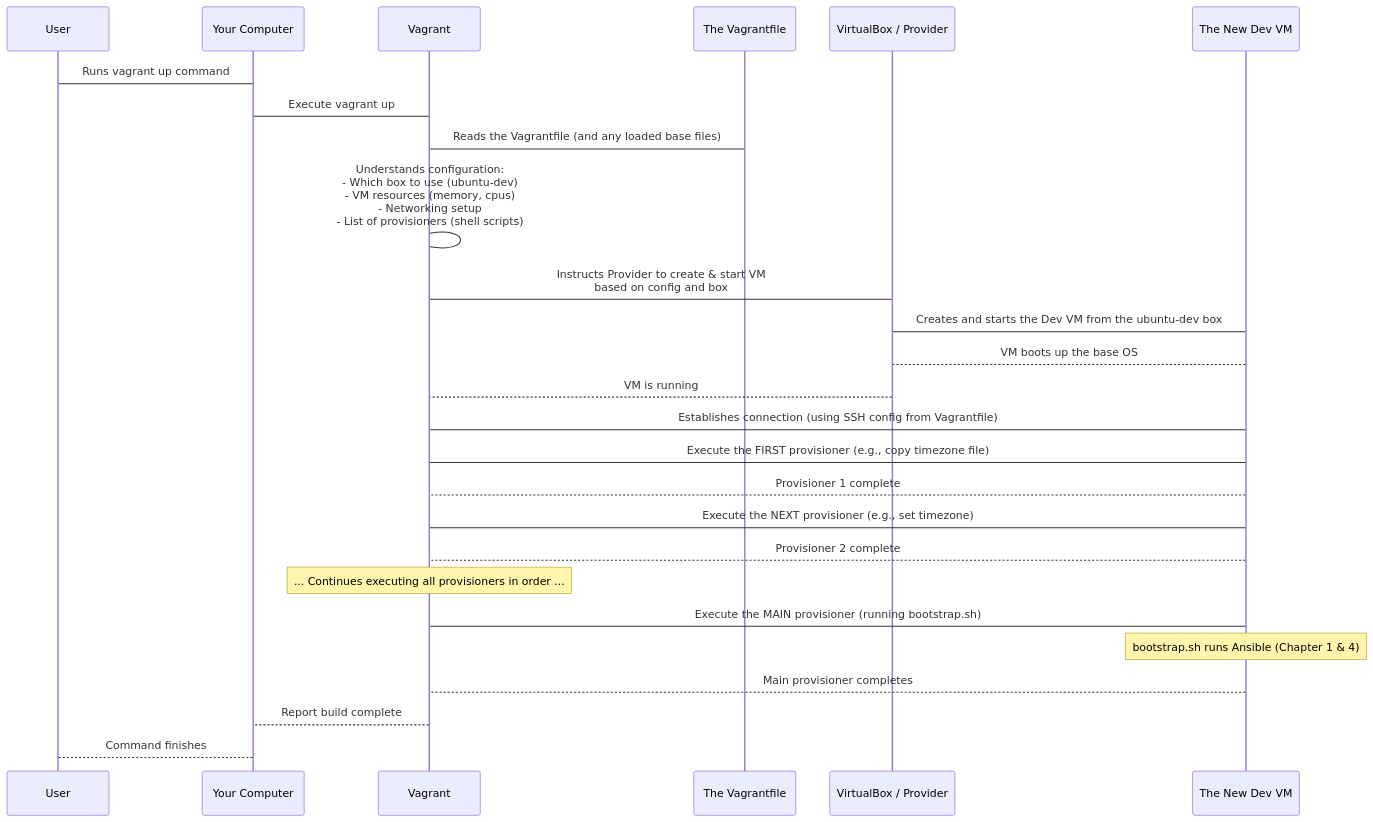
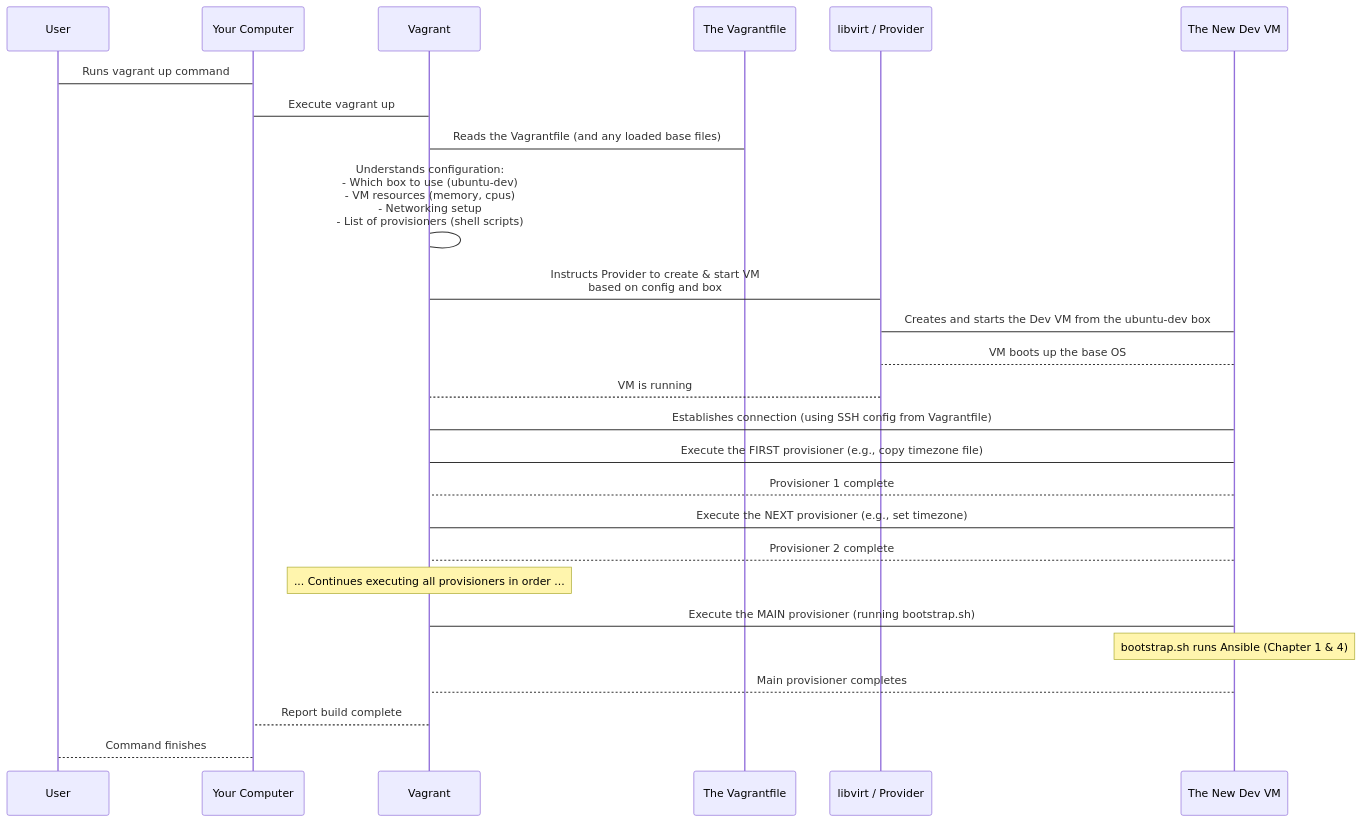
Before and after one commit to arslan-qamar/devsetups: the diagram in codebase tutorial/07_vagrantfile_.md, drawn with Mermaid. The commit also changed other lines of this file and 29 other files, not shown here.

````diff
--- a/codebase tutorial/07_vagrantfile_.md
+++ b/codebase tutorial/07_vagrantfile_.md
@@ -174,29 +174,29 @@
 ```mermaid
 sequenceDiagram
     participant User
     participant Host as Your Computer
     participant VagrantTool as Vagrant
     participant Vagrantfile as The Vagrantfile
-    participant Provider as VirtualBox / Provider
+    participant Provider as libvirt / Provider
     participant DevVM as The New Dev VM
 
     User->Host: Runs vagrant up command
     Host->VagrantTool: Execute vagrant up
     VagrantTool->Vagrantfile: Reads the Vagrantfile (and any loaded base files)
     VagrantTool->VagrantTool: Understands configuration:<br/>- Which box to use (ubuntu-dev)<br/>- VM resources (memory, cpus)<br/>- Networking setup<br/>- List of provisioners (shell scripts)
     VagrantTool->Provider: Instructs Provider to create & start VM<br/>based on config and box
     Provider->DevVM: Creates and starts the Dev VM from the ubuntu-dev box
     DevVM-->Provider: VM boots up the base OS
     Provider-->VagrantTool: VM is running
     VagrantTool->DevVM: Establishes connection (using SSH config from Vagrantfile)
     VagrantTool->DevVM: Execute the FIRST provisioner (e.g., copy timezone file)
     DevVM-->VagrantTool: Provisioner 1 complete
     VagrantTool->DevVM: Execute the NEXT provisioner (e.g., set timezone)
     DevVM-->VagrantTool: Provisioner 2 complete
     Note over VagrantTool: ... Continues executing all provisioners in order ...
     VagrantTool->DevVM: Execute the MAIN provisioner (running bootstrap.sh)
     Note over DevVM: bootstrap.sh runs Ansible (Chapter 1 & 4)
     DevVM-->VagrantTool: Main provisioner completes
     VagrantTool-->Host: Report build complete
     Host-->User: Command finishes
 ```
````
